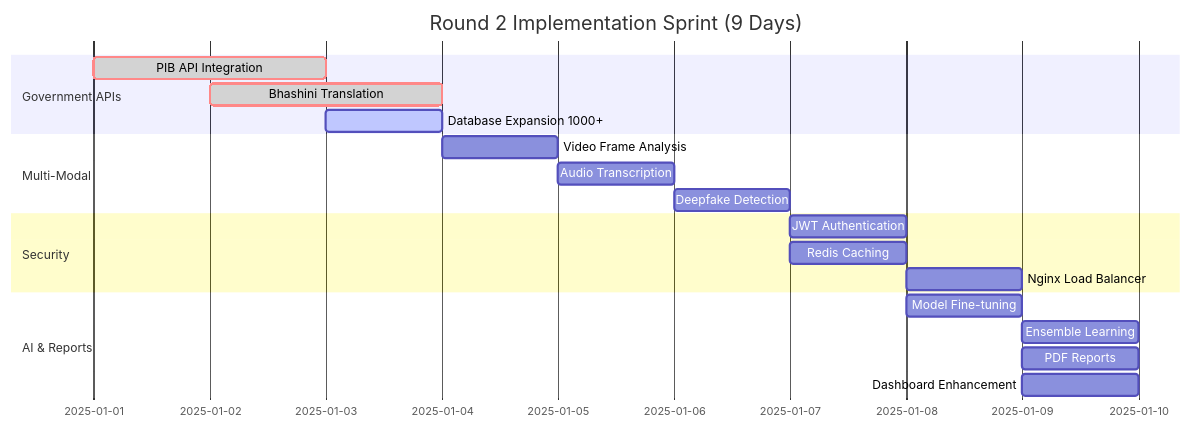
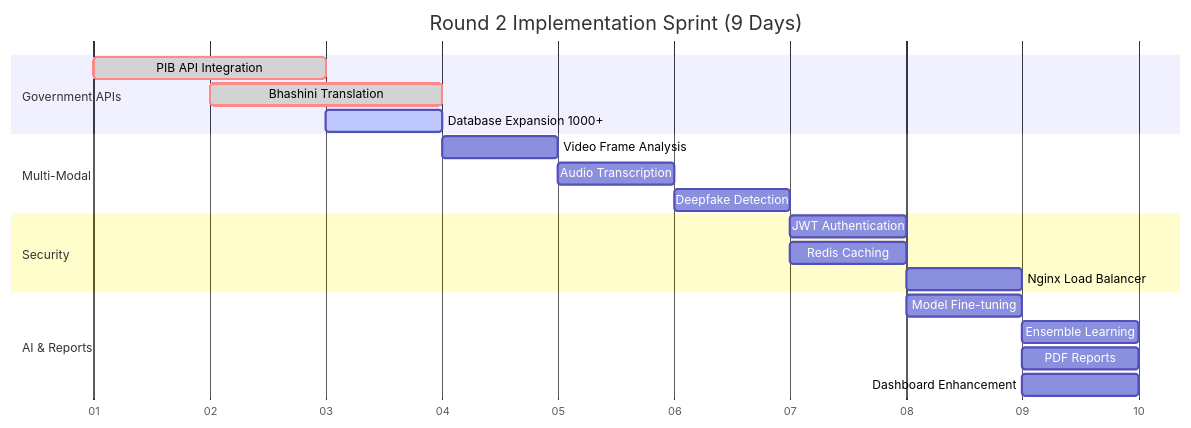
Before and after one commit to AbhishekGiri04/SATYA-DRISHTI: the seventh of 7 diagrams in docs/round2/ROUND2_IMPROVEMENTS.md, drawn with Mermaid. The commit also changed other lines of this file and 1 other file, not shown here.

Commit message:
Add project structure and disable today marker in Gantt chart

````diff
--- a/docs/round2/ROUND2_IMPROVEMENTS.md
+++ b/docs/round2/ROUND2_IMPROVEMENTS.md
@@ -735,22 +735,24 @@
 ```mermaid
 gantt
     title Round 2 Implementation Sprint (9 Days)
     dateFormat  YYYY-MM-DD
+    axisFormat %d
     section Government APIs
-    PIB API Integration       :crit, done, api1, 2025-01-01, 2d
-    Bhashini Translation      :crit, done, api2, 2025-01-02, 2d
-    Database Expansion 1000+  :active, api3, 2025-01-03, 1d
+    PIB API Integration       :crit, done, api1, 2026-01-01, 2d
+    Bhashini Translation      :crit, done, api2, 2026-01-02, 2d
+    Database Expansion 1000+  :active, api3, 2026-01-03, 1d
     section Multi-Modal
-    Video Frame Analysis      :video1, 2025-01-04, 1d
-    Audio Transcription       :video2, 2025-01-05, 1d
-    Deepfake Detection        :video3, 2025-01-06, 1d
+    Video Frame Analysis      :video1, 2026-01-04, 1d
+    Audio Transcription       :video2, 2026-01-05, 1d
+    Deepfake Detection        :video3, 2026-01-06, 1d
     section Security
-    JWT Authentication        :sec1, 2025-01-07, 1d
-    Redis Caching            :sec2, 2025-01-07, 1d
-    Nginx Load Balancer      :sec3, 2025-01-08, 1d
+    JWT Authentication        :sec1, 2026-01-07, 1d
+    Redis Caching            :sec2, 2026-01-07, 1d
+    Nginx Load Balancer      :sec3, 2026-01-08, 1d
     section AI & Reports
-    Model Fine-tuning        :ai1, 2025-01-08, 1d
-    Ensemble Learning        :ai2, 2025-01-09, 1d
-    PDF Reports              :report1, 2025-01-09, 1d
-    Dashboard Enhancement    :report2, 2025-01-09, 1d
+    Model Fine-tuning        :ai1, 2026-01-08, 1d
+    Ensemble Learning        :ai2, 2026-01-09, 1d
+    PDF Reports              :report1, 2026-01-09, 1d
+    Dashboard Enhancement    :report2, 2026-01-09, 1d
+    todayMarker off
 ```
````
